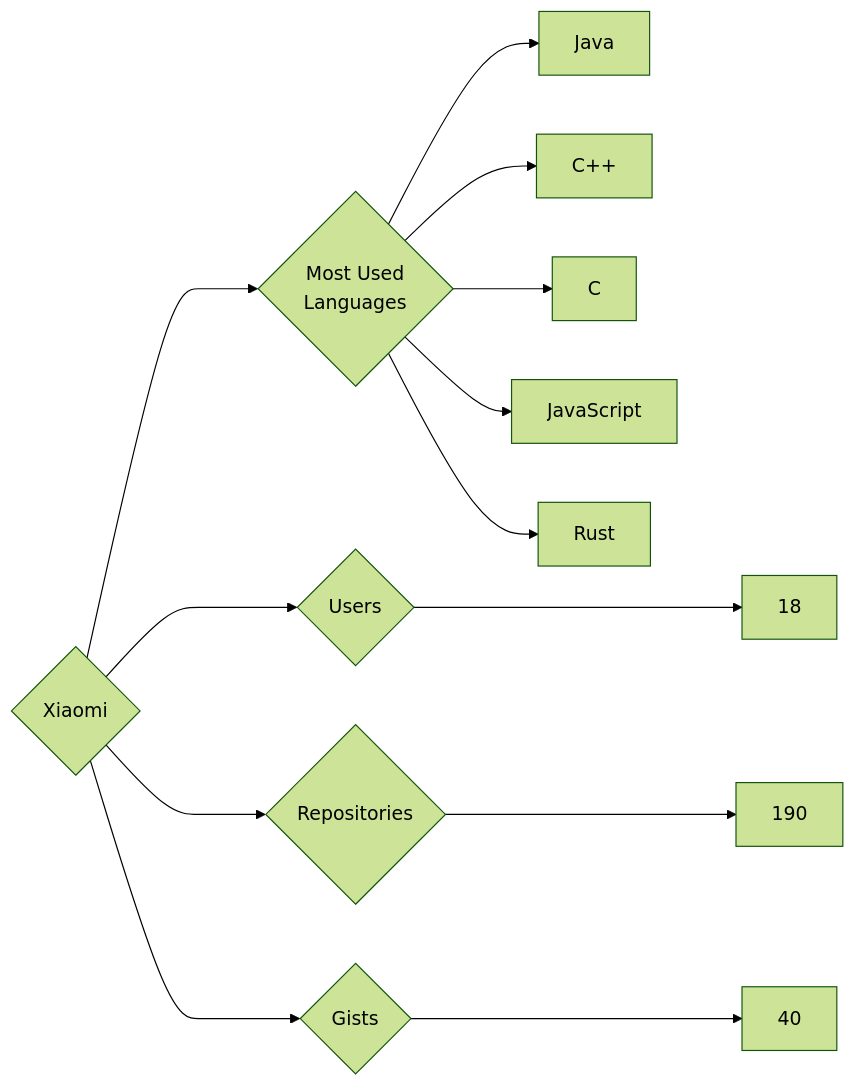
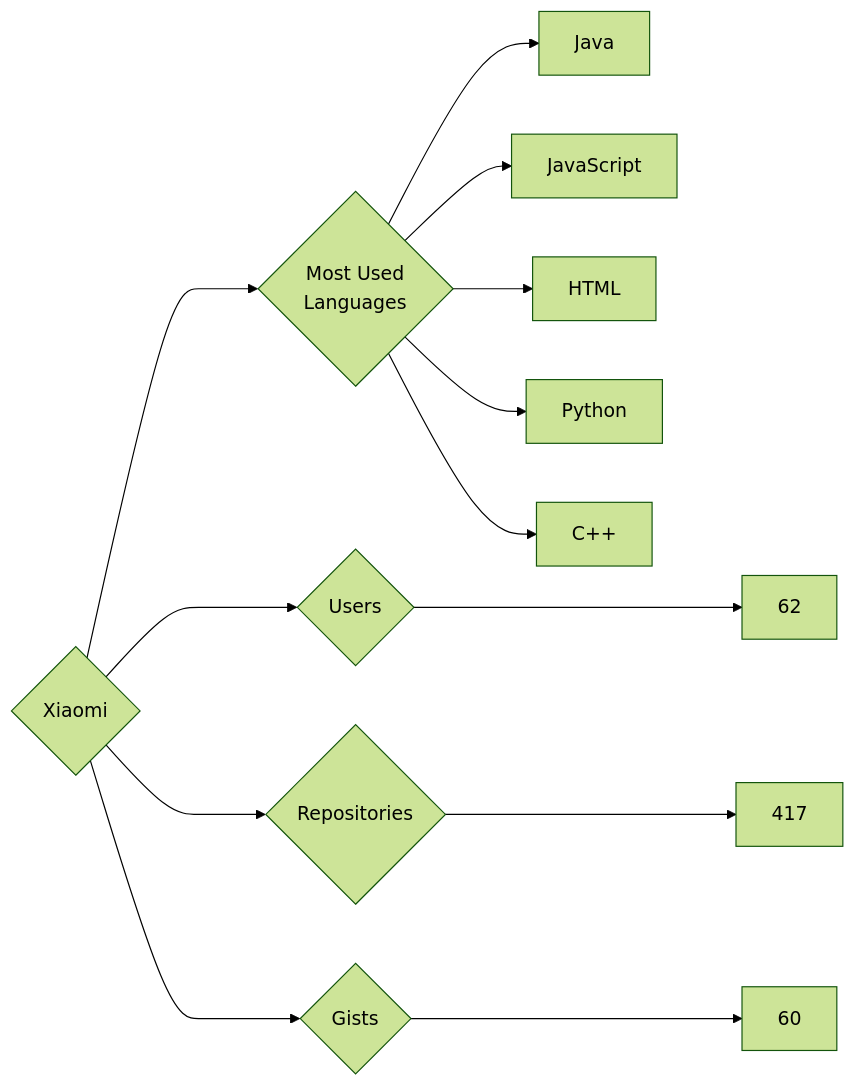
Before and after one commit to trickest/insiders: the diagram in targets/Xiaomi/README.md, drawn with Mermaid (forest theme). The commit also changed 534 other files, not shown here.

````diff
--- a/targets/Xiaomi/README.md
+++ b/targets/Xiaomi/README.md
@@ -3,13 +3,13 @@
 ```mermaid
 graph LR
 COMPANY_NAME{Xiaomi}
-COMPANY_NAME ---> U{Users} ---> UN[18]
-COMPANY_NAME ---> R{Repositories} ---> RN[190]
-COMPANY_NAME ---> G{Gists} ---> GN[40]
+COMPANY_NAME ---> U{Users} ---> UN[62]
+COMPANY_NAME ---> R{Repositories} ---> RN[417]
+COMPANY_NAME ---> G{Gists} ---> GN[60]
 COMPANY_NAME ---> ML{Most Used<br>Languages}
 ML --> Java[Java]
+ML --> JavaScript[JavaScript]
+ML --> HTML[HTML]
+ML --> Python[Python]
 ML --> C++[C++]
-ML --> C[C]
-ML --> JavaScript[JavaScript]
-ML --> Rust[Rust]
 ```
````
